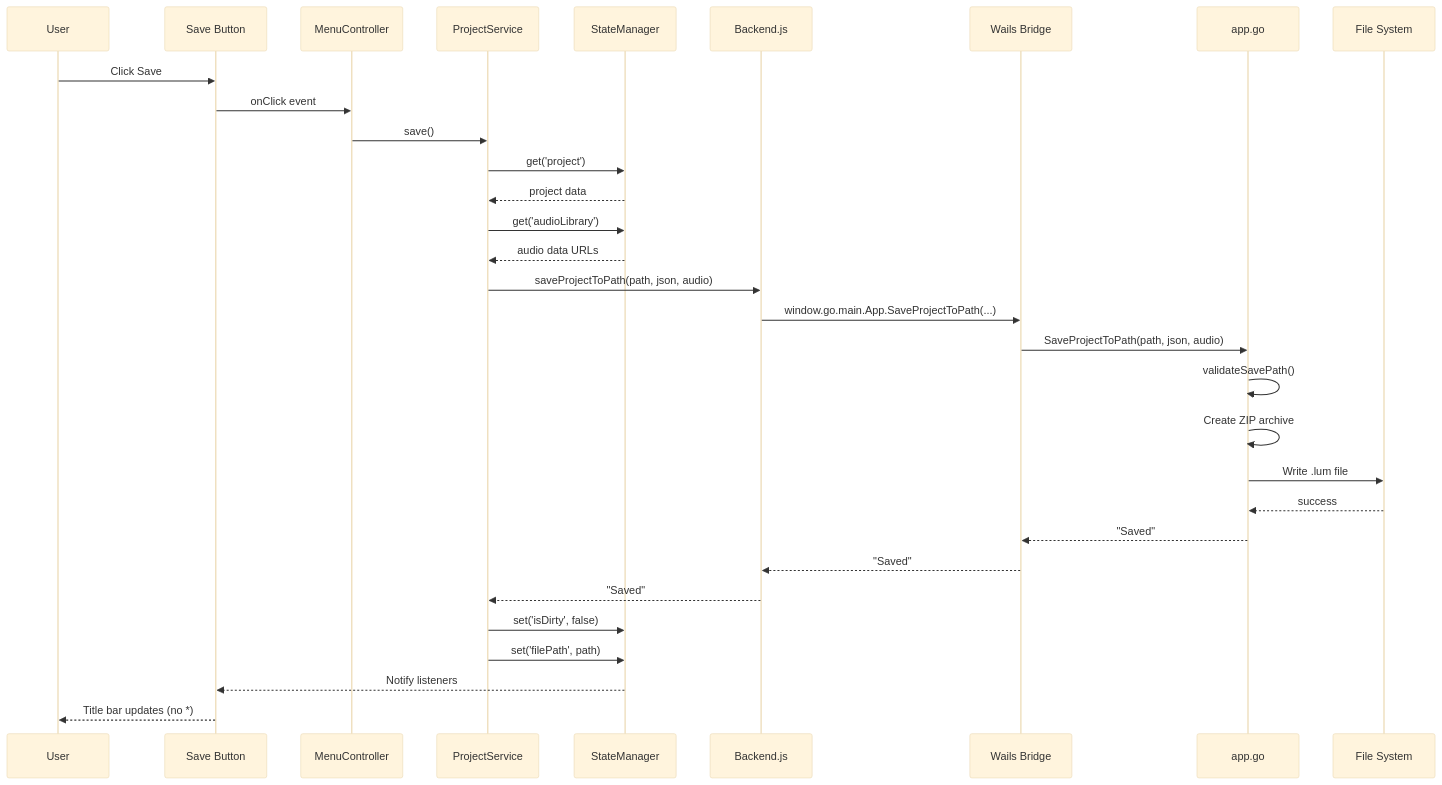
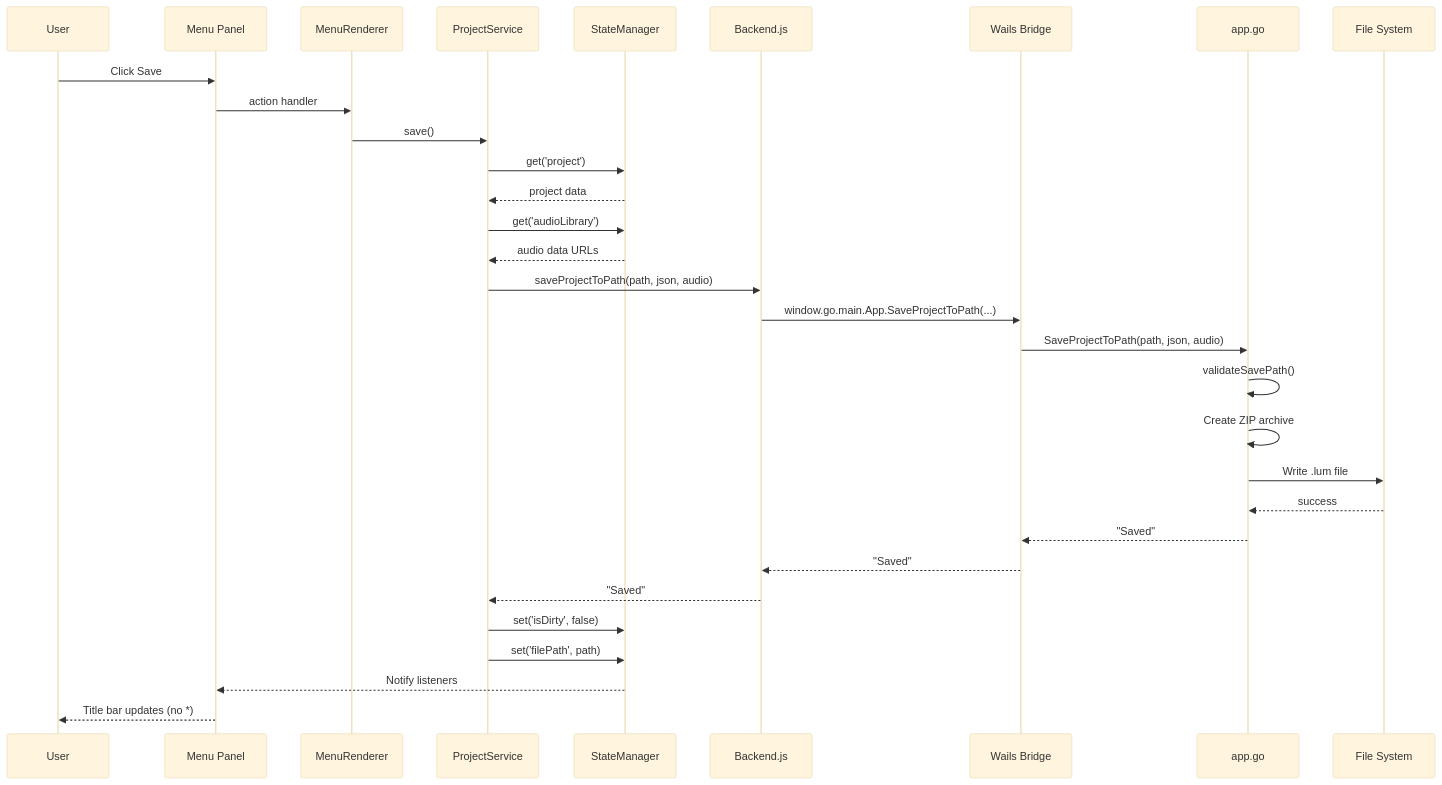
Before and after one commit to picolume/studio: the second of 5 diagrams in docs/class/01-architecture-overview.md, drawn with Mermaid (base theme). The commit also changed other lines of this file and 6 other files, not shown here.

````diff
--- a/docs/class/01-architecture-overview.md
+++ b/docs/class/01-architecture-overview.md
@@ -139,34 +140,34 @@
 ```mermaid
 sequenceDiagram
     participant User
-    participant UI as Save Button
-    participant Menu as MenuController
+    participant UI as Menu Panel
+    participant MR as MenuRenderer
     participant PS as ProjectService
     participant State as StateManager
     participant Backend as Backend.js
     participant Wails as Wails Bridge
     participant Go as app.go
     participant FS as File System
 
     User->>UI: Click Save
-    UI->>Menu: onClick event
-    Menu->>PS: save()
+    UI->>MR: action handler
+    MR->>PS: save()
     PS->>State: get('project')
     State-->>PS: project data
     PS->>State: get('audioLibrary')
     State-->>PS: audio data URLs
     PS->>Backend: saveProjectToPath(path, json, audio)
     Backend->>Wails: window.go.main.App.SaveProjectToPath(...)
     Wails->>Go: SaveProjectToPath(path, json, audio)
     Go->>Go: validateSavePath()
     Go->>Go: Create ZIP archive
     Go->>FS: Write .lum file
     FS-->>Go: success
     Go-->>Wails: "Saved"
     Wails-->>Backend: "Saved"
     Backend-->>PS: "Saved"
     PS->>State: set('isDirty', false)
     PS->>State: set('filePath', path)
     State-->>UI: Notify listeners
     UI-->>User: Title bar updates (no *)
 ```
````
